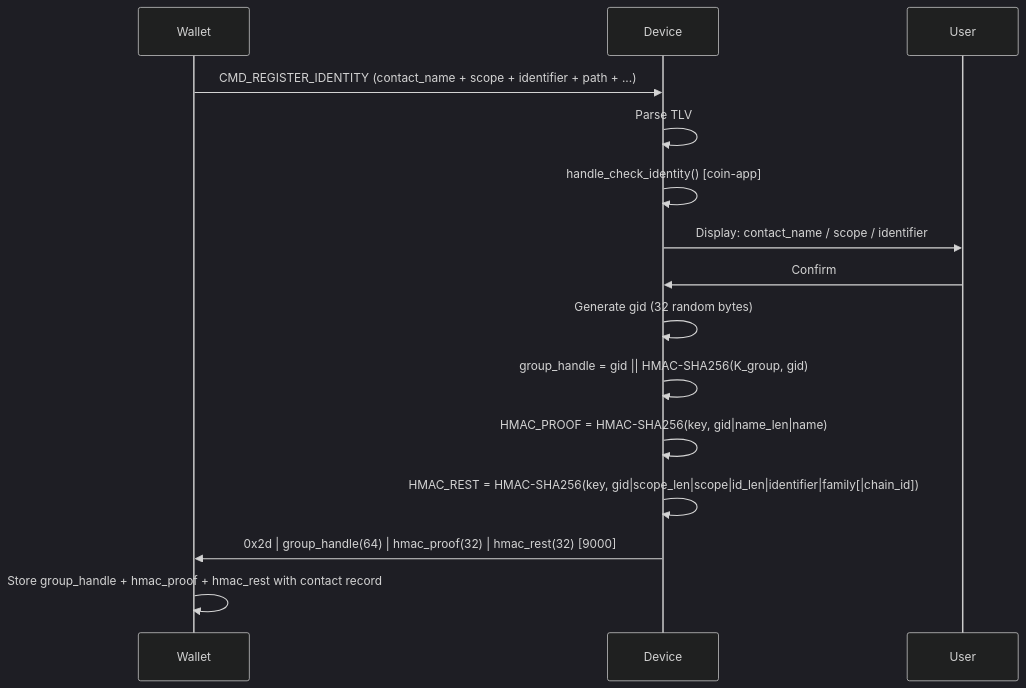
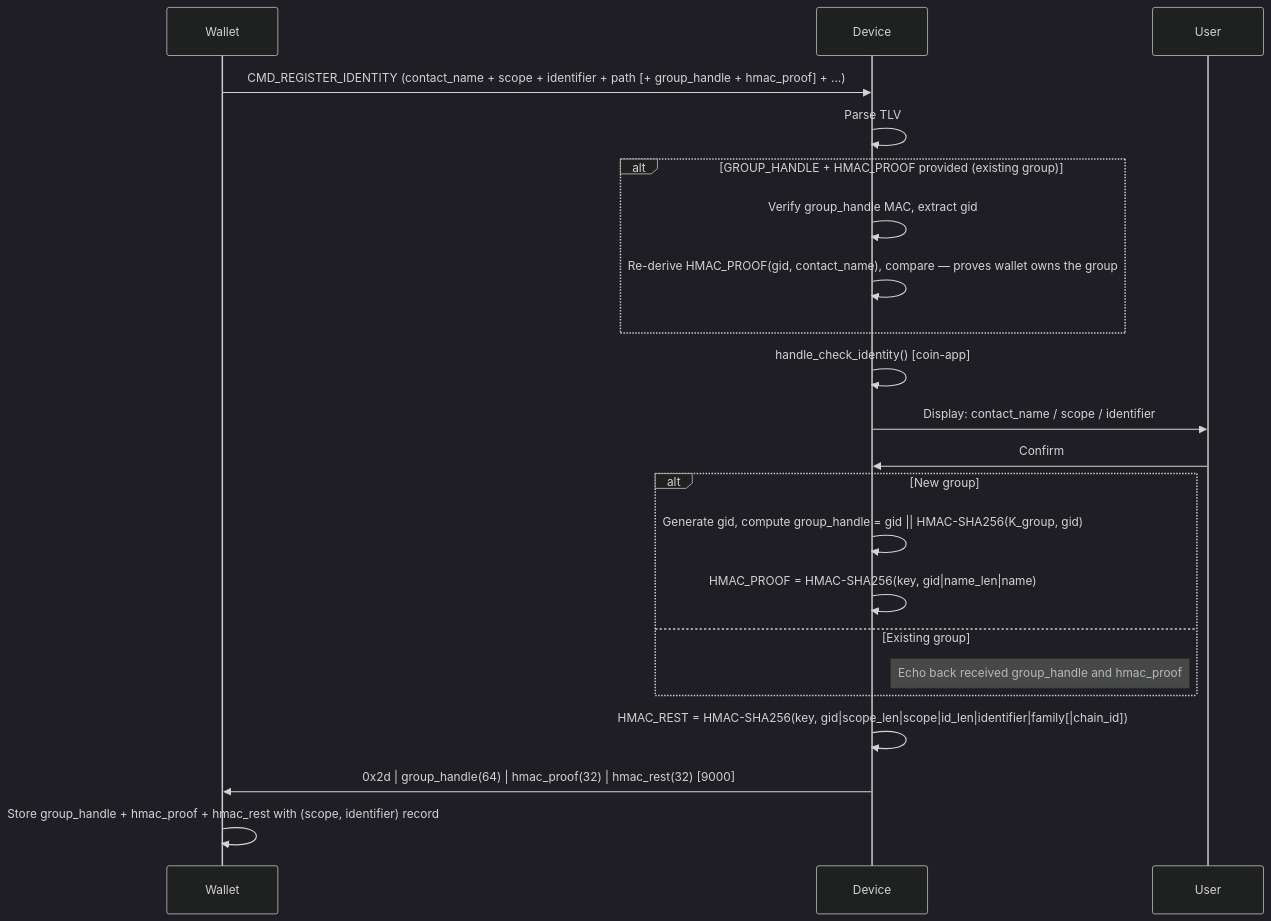
The third of 10 diagrams in app_features/address_book/doc/address_book_spec.md (LedgerHQ/ledger-secure-sdk), drawn with Mermaid (dark theme) before and after one commit. The commit also changed other lines of this file and 2 other files, not shown here.

Commit message:
Add support for multi identifier in a group

````diff
--- a/app_features/address_book/doc/address_book_spec.md
+++ b/app_features/address_book/doc/address_book_spec.md
@@ -272,18 +288,25 @@
 ```mermaid
 sequenceDiagram
     participant W as Wallet
     participant D as Device
     participant U as User
 
-    W->>D: CMD_REGISTER_IDENTITY (contact_name + scope + identifier + path + ...)
+    W->>D: CMD_REGISTER_IDENTITY (contact_name + scope + identifier + path [+ group_handle + hmac_proof] + ...)
     D->>D: Parse TLV
+    alt GROUP_HANDLE + HMAC_PROOF provided (existing group)
+        D->>D: Verify group_handle MAC, extract gid
+        D->>D: Re-derive HMAC_PROOF(gid, contact_name), compare — proves wallet owns the group
+    end
     D->>D: handle_check_identity() [coin-app]
     D->>U: Display: contact_name / scope / identifier
     U->>D: Confirm
-    D->>D: Generate gid (32 random bytes)
-    D->>D: group_handle = gid || HMAC-SHA256(K_group, gid)
-    D->>D: HMAC_PROOF = HMAC-SHA256(key, gid|name_len|name)
+    alt New group
+        D->>D: Generate gid, compute group_handle = gid || HMAC-SHA256(K_group, gid)
+        D->>D: HMAC_PROOF = HMAC-SHA256(key, gid|name_len|name)
+    else Existing group
+        Note right of D: Echo back received group_handle and hmac_proof
+    end
     D->>D: HMAC_REST = HMAC-SHA256(key, gid|scope_len|scope|id_len|identifier|family[|chain_id])
     D->>W: 0x2d | group_handle(64) | hmac_proof(32) | hmac_rest(32)  [9000]
-    W->>W: Store group_handle + hmac_proof + hmac_rest with contact record
+    W->>W: Store group_handle + hmac_proof + hmac_rest with (scope, identifier) record
 ```
````
